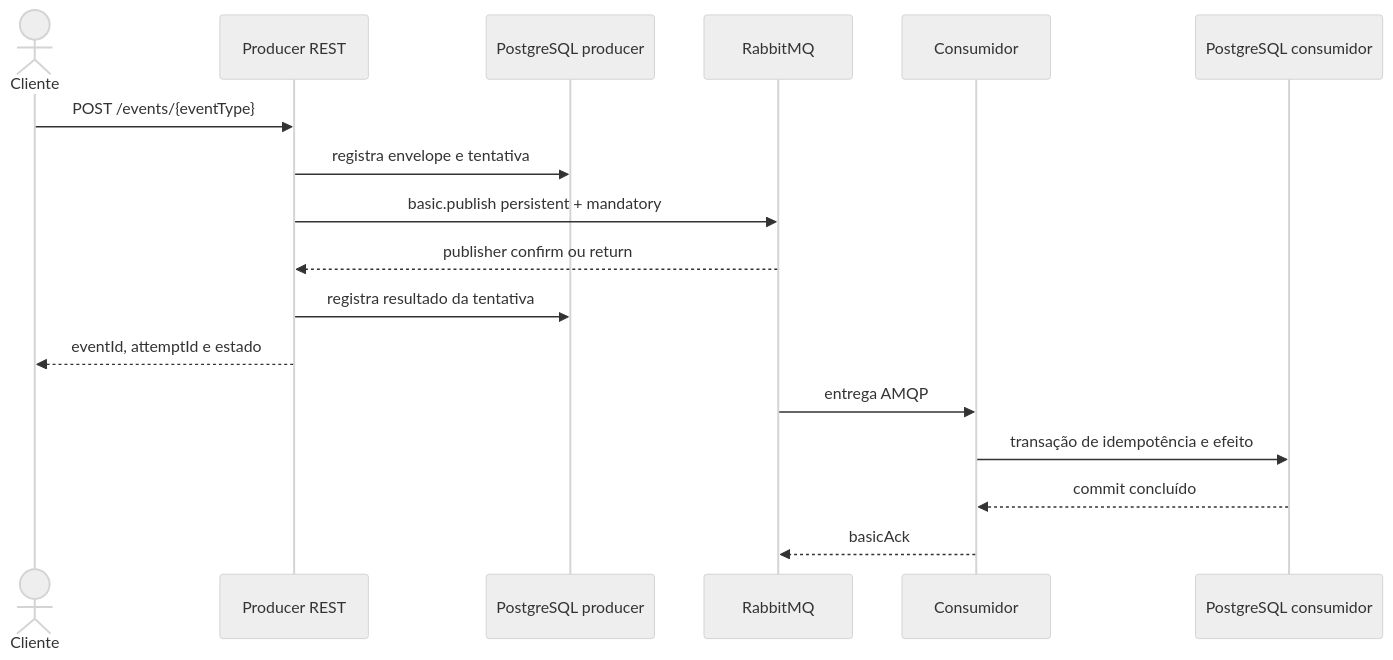
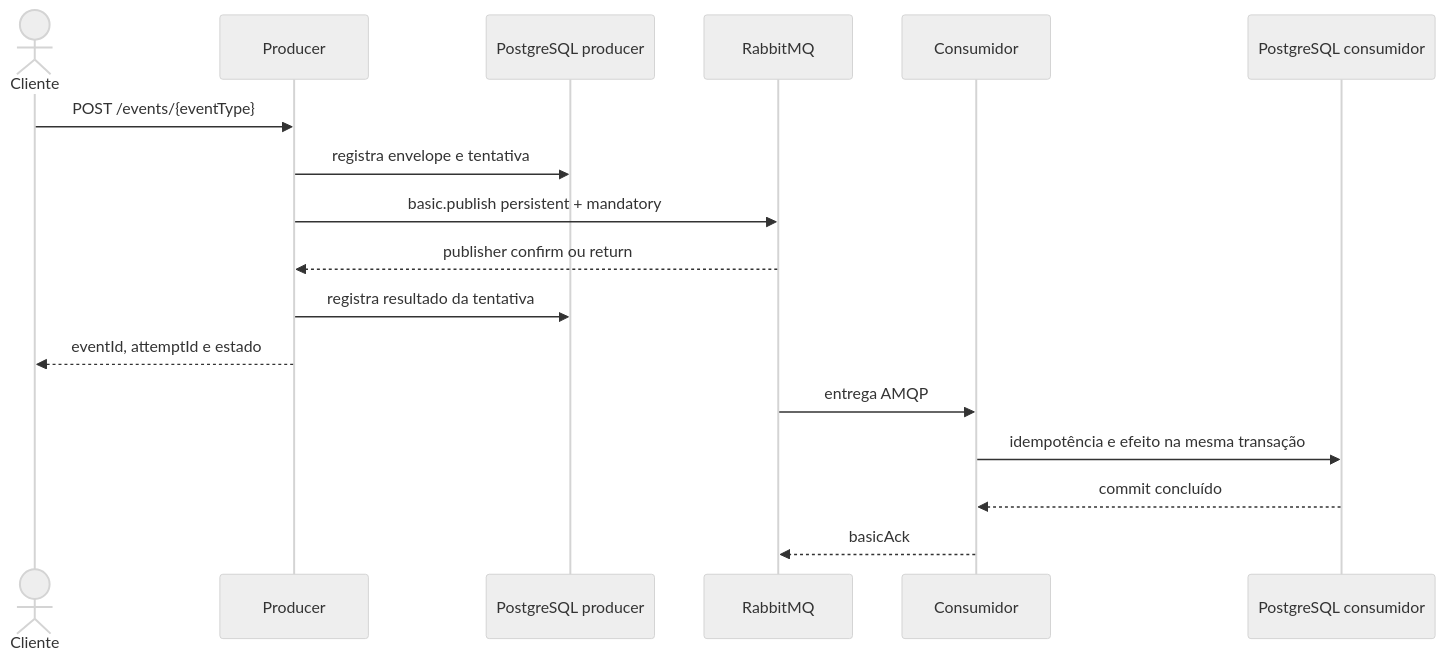
The second of 2 diagrams in docs/ARQUITETURA.md (CAFFD/RentFlow), drawn with Mermaid (neutral theme) before and after one commit. The commit also changed other lines of this file and 89 other files, not shown here.

````diff
--- a/docs/ARQUITETURA.md
+++ b/docs/ARQUITETURA.md
@@ -28,20 +26,20 @@
 ```mermaid
 sequenceDiagram
     actor Cliente
-    participant P as Producer REST
+    participant P as Producer
     participant DBP as PostgreSQL producer
     participant R as RabbitMQ
     participant C as Consumidor
     participant DBC as PostgreSQL consumidor
 
     Cliente->>P: POST /events/{eventType}
     P->>DBP: registra envelope e tentativa
     P->>R: basic.publish persistent + mandatory
     R-->>P: publisher confirm ou return
     P->>DBP: registra resultado da tentativa
     P-->>Cliente: eventId, attemptId e estado
     R->>C: entrega AMQP
-    C->>DBC: transação de idempotência e efeito
+    C->>DBC: idempotência e efeito na mesma transação
     DBC-->>C: commit concluído
     C-->>R: basicAck
 ```
````
